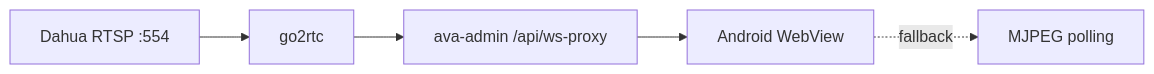
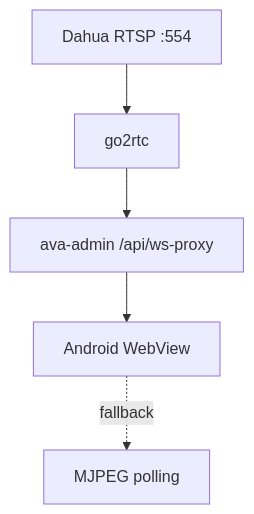
Before and after one commit to superfeldy/ava-doorbell: the second of 4 diagrams in README.md, drawn with Mermaid. The commit also changed other lines of this file, not shown here.

First line of the commit message:
Switch Mermaid diagrams to top-down layout to avoid GitHub control overlap

````diff
--- a/README.md
+++ b/README.md
@@ -57,7 +56,7 @@
 ```mermaid
-graph LR
+graph TD
     A["Dahua RTSP :554"] --> B["go2rtc"]
     B --> C["ava-admin /api/ws-proxy"]
     C --> D["Android WebView"]
     D -. "fallback" .-> E["MJPEG polling"]
 ```
````
